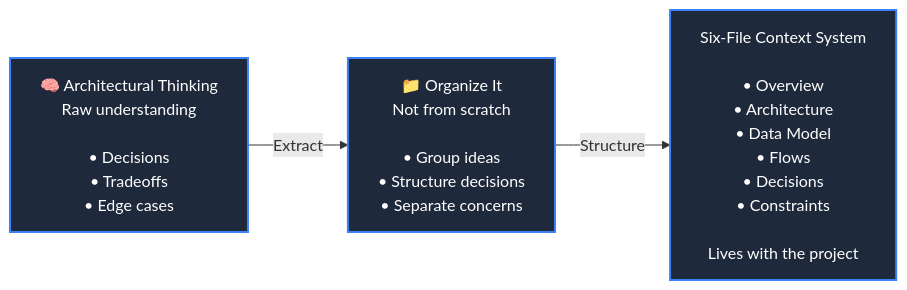
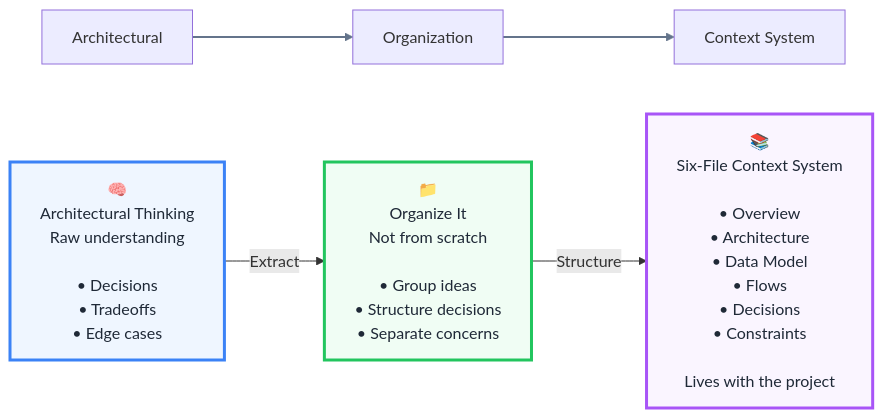
The diagram in AI/2026-vibecoding-todo.md (honggzb/Study-General), drawn with Mermaid before and after one commit. The commit also changed other lines of this file, not shown here.

Commit message:
Revise flowchart styles and add resource links
Updated the flowchart styles and added new links for resources.

````diff
--- a/AI/2026-vibecoding-todo.md
+++ b/AI/2026-vibecoding-todo.md
@@ -1,12 +2,19 @@
 ```mermaid
 flowchart LR
-    A["🧠 Architectural Thinking<br/>Raw understanding<br/><br/>• Decisions<br/>• Tradeoffs<br/>• Edge cases"]
-    B["📁 Organize It<br/>Not from scratch<br/><br/>• Group ideas<br/>• Structure decisions<br/>• Separate concerns"]
-    C["Six-File Context System<br/><br/>• Overview<br/>• Architecture<br/>• Data Model<br/>• Flows<br/>• Decisions<br/>• Constraints<br/><br/>Lives with the project"]
+    Architectural --> Organization --> Context[Context System]
+    A["🧠<br/> Architectural Thinking<br/>Raw understanding<br/><br/>• Decisions<br/>• Tradeoffs<br/>• Edge cases"]
+    B["📁<br/> Organize It<br/>Not from scratch<br/><br/>• Group ideas<br/>• Structure decisions<br/>• Separate concerns"]
+    C["📚<br/> Six-File Context System<br/><br/>• Overview<br/>• Architecture<br/>• Data Model<br/>• Flows<br/>• Decisions<br/>• Constraints<br/><br/>Lives with the project"]
 
     A -->|Extract| B
     B -->|Structure| C
 
-    classDef box fill:#1e293b,color:#fff,stroke:#3b82f6,stroke-width:2px;
-    class A,B,C box;
+    %% Light Theme Colors
+    style A fill:#EFF6FF,stroke:#3B82F6,stroke-width:3px,color:#1F2937
+    style B fill:#F0FDF4,stroke:#22C55E,stroke-width:3px,color:#1F2937
+    style C fill:#FAF5FF,stroke:#A855F7,stroke-width:3px,color:#1F2937
+
+    %% Arrow Styling
+    linkStyle 0 stroke:#64748B,stroke-width:2px,color:#475569
+    linkStyle 1 stroke:#64748B,stroke-width:2px,color:#475569
 ```
````
